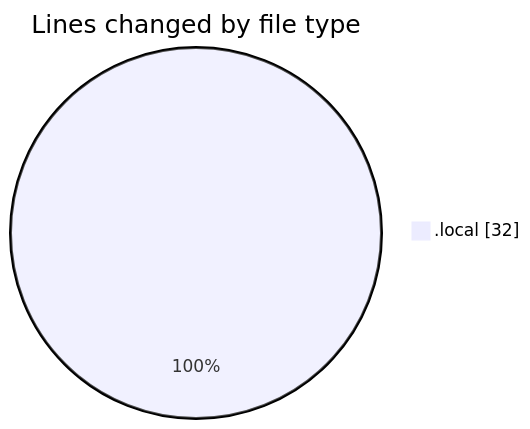
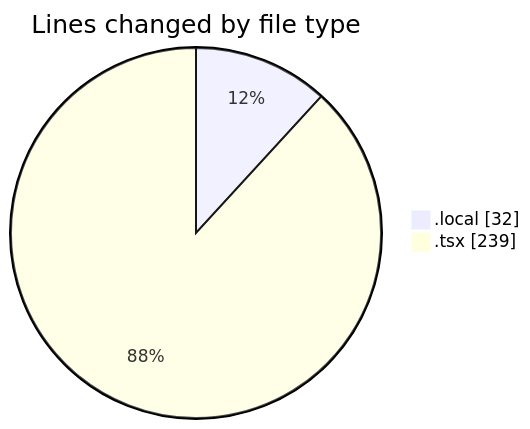
The first of 2 diagrams in 2025-10-13/frontend-cms/README.md (julien-gomy/code-tracking), drawn with Mermaid before and after one commit. The commit also changed other lines of this file and 1 other file, not shown here.

````diff
--- a/2025-10-13/frontend-cms/README.md
+++ b/2025-10-13/frontend-cms/README.md
@@ -20,5 +21,6 @@
 ```mermaid
 pie showData
 title Lines changed by file type
 ".local" : 32
+".tsx" : 239
 ```
````
